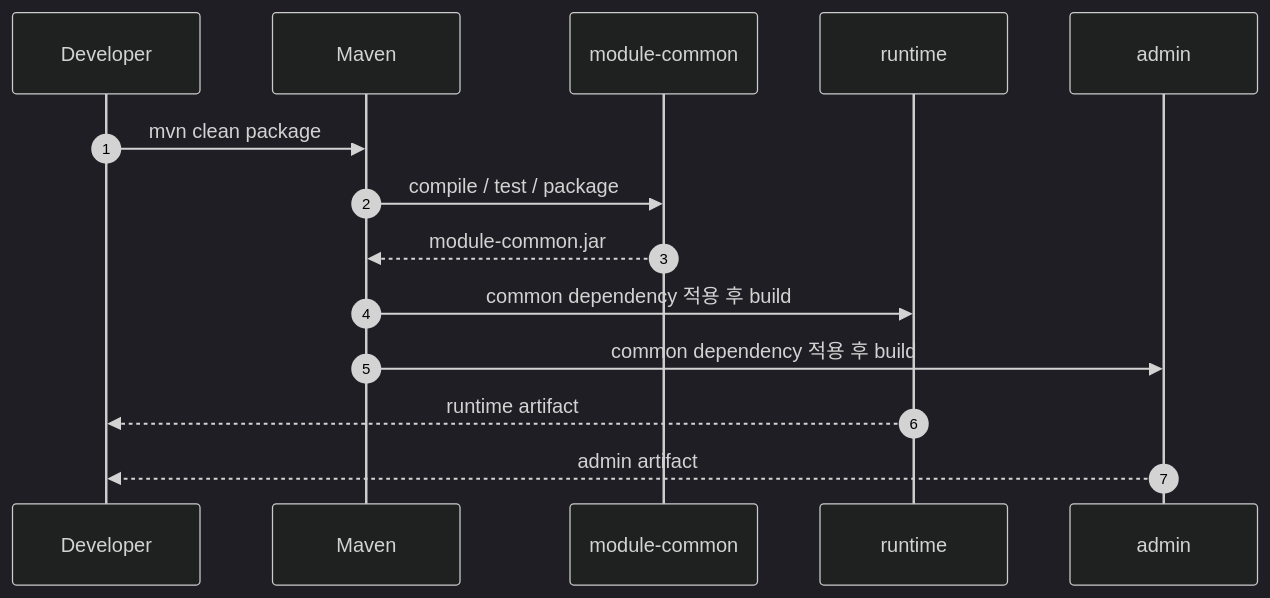
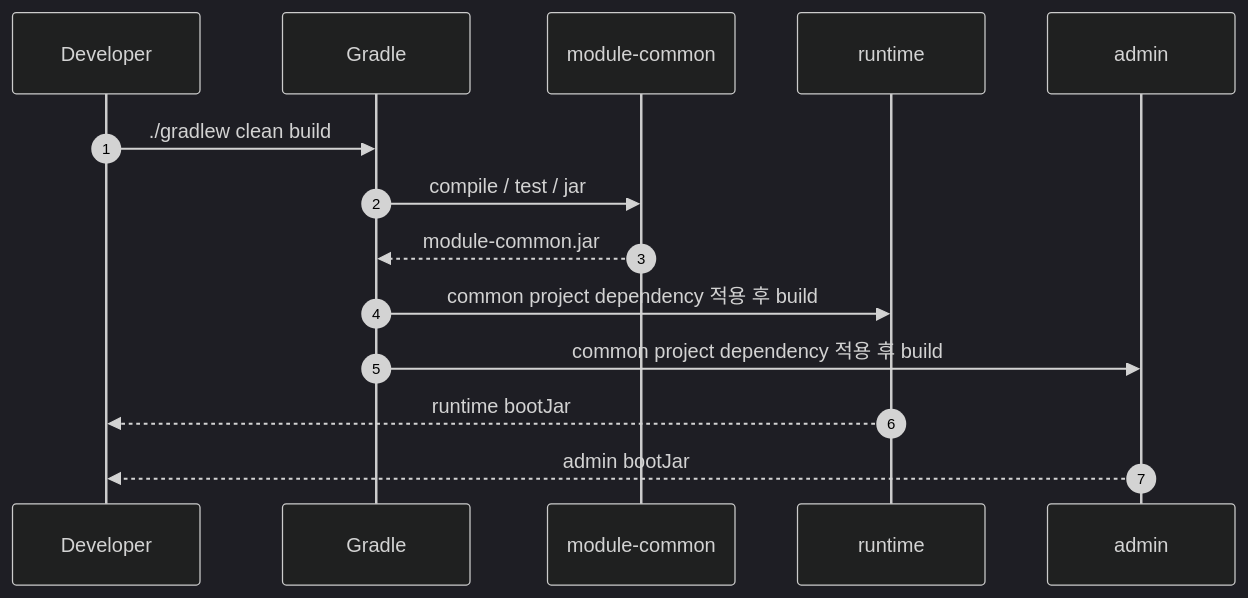
Before and after one commit to Team-Microserver/microserver-docs: the second of 3 diagrams in docs/01_project_start/01_overview/architecture/multi_module_structure.md, drawn with Mermaid (dark theme). The commit also changed other lines of this file and 30 other files, not shown here.

````diff
--- a/docs/01_project_start/01_overview/architecture/multi_module_structure.md
+++ b/docs/01_project_start/01_overview/architecture/multi_module_structure.md
@@ -116,17 +204,17 @@
 ```mermaid
 sequenceDiagram
     autonumber
     participant DEV as Developer
-    participant MVN as Maven
+    participant GR as Gradle
     participant C as module-common
     participant R as runtime
     participant A as admin
 
-    DEV->>MVN: mvn clean package
-    MVN->>C: compile / test / package
-    C-->>MVN: module-common.jar
-    MVN->>R: common dependency 적용 후 build
-    MVN->>A: common dependency 적용 후 build
-    R-->>DEV: runtime artifact
-    A-->>DEV: admin artifact
+    DEV->>GR: ./gradlew clean build
+    GR->>C: compile / test / jar
+    C-->>GR: module-common.jar
+    GR->>R: common project dependency 적용 후 build
+    GR->>A: common project dependency 적용 후 build
+    R-->>DEV: runtime bootJar
+    A-->>DEV: admin bootJar
 ```
````
